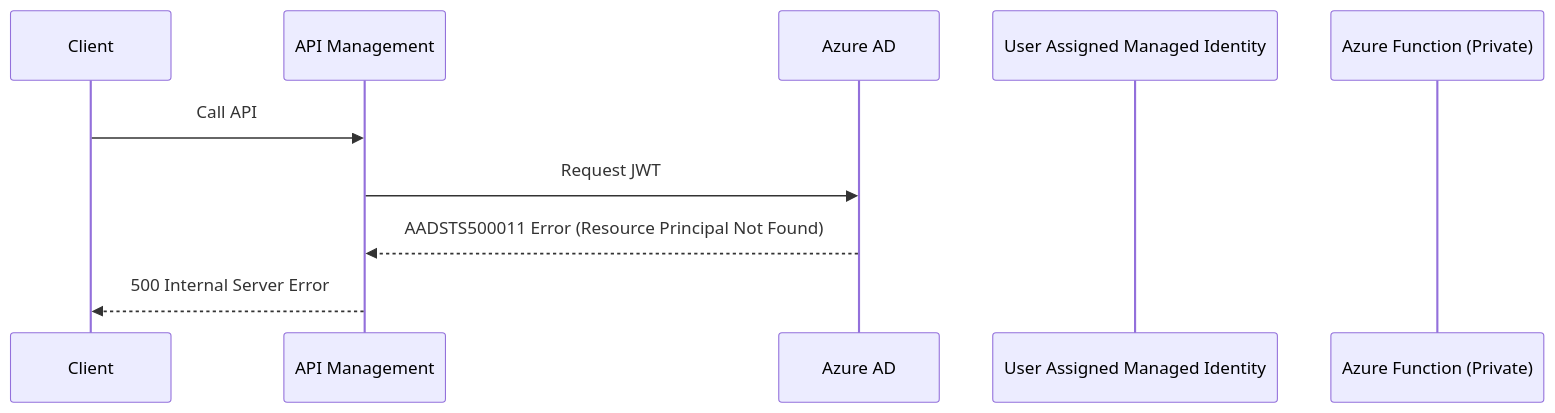
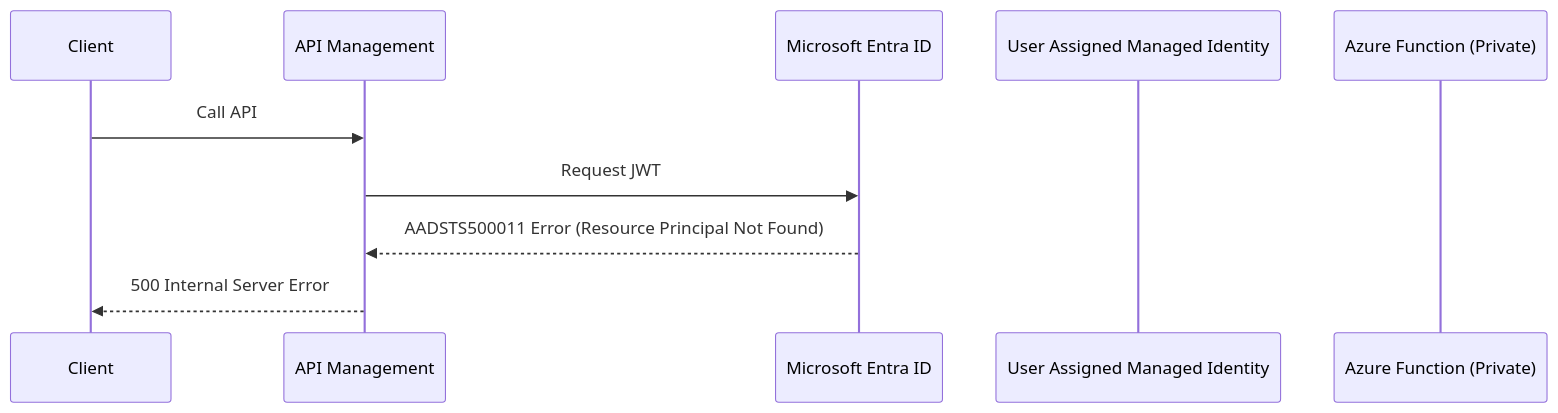
The second of 2 diagrams in troubleshooting.md (rukasakurai/apim-managed-identity-functions-containerapps), drawn with Mermaid before and after one commit. The commit also changed other lines of this file and 1 other file, not shown here.

Commit message:
Update README and troubleshooting documentation to replace "Azure AD" with "Microsoft Entra ID" for consistency

````diff
--- a/troubleshooting.md
+++ b/troubleshooting.md
@@ -46,13 +46,13 @@
 ```mermaid
 sequenceDiagram
     participant Client
     participant APIM as API Management
-    participant AAD as Azure AD
+    participant Entra as Microsoft Entra ID
     participant MI as User Assigned Managed Identity
     participant Function as Azure Function (Private)
 
     Client->>APIM: Call API
-    APIM->>AAD: Request JWT
-    AAD-->>APIM: AADSTS500011 Error (Resource Principal Not Found)
+    APIM->>Entra: Request JWT
+    Entra-->>APIM: AADSTS500011 Error (Resource Principal Not Found)
     APIM-->>Client: 500 Internal Server Error
 ```
````
